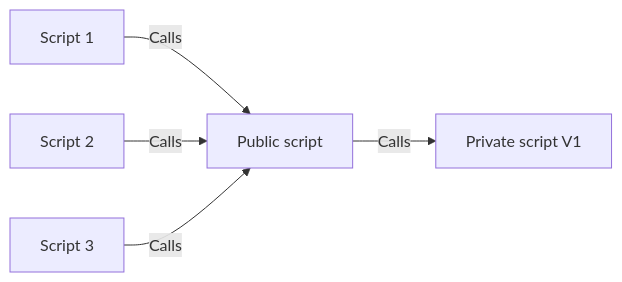
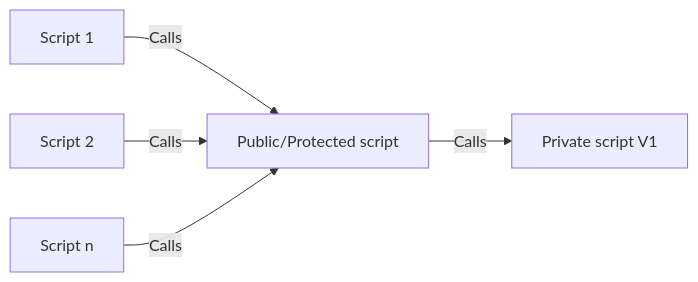
Before and after one commit to CloudChi/FX-Framework: the fourth of 6 diagrams in Versions_Updating.md, drawn with Mermaid. The commit also changed other lines of this file and 3 other files, not shown here.

````diff
--- a/Versions_Updating.md
+++ b/Versions_Updating.md
@@ -51,6 +72,6 @@
 ```mermaid
 graph LR
-    A[Script 1] -- Calls --> F[Public script] -- Calls --> G[Private script V1]
+    A[Script 1] -- Calls --> F[Public/Protected script] -- Calls --> G[Private script V1]
     B[Script 2] -- Calls --> F
-    C[Script 3] -- Calls --> F
+    C[Script n] -- Calls --> F
 ```
````
